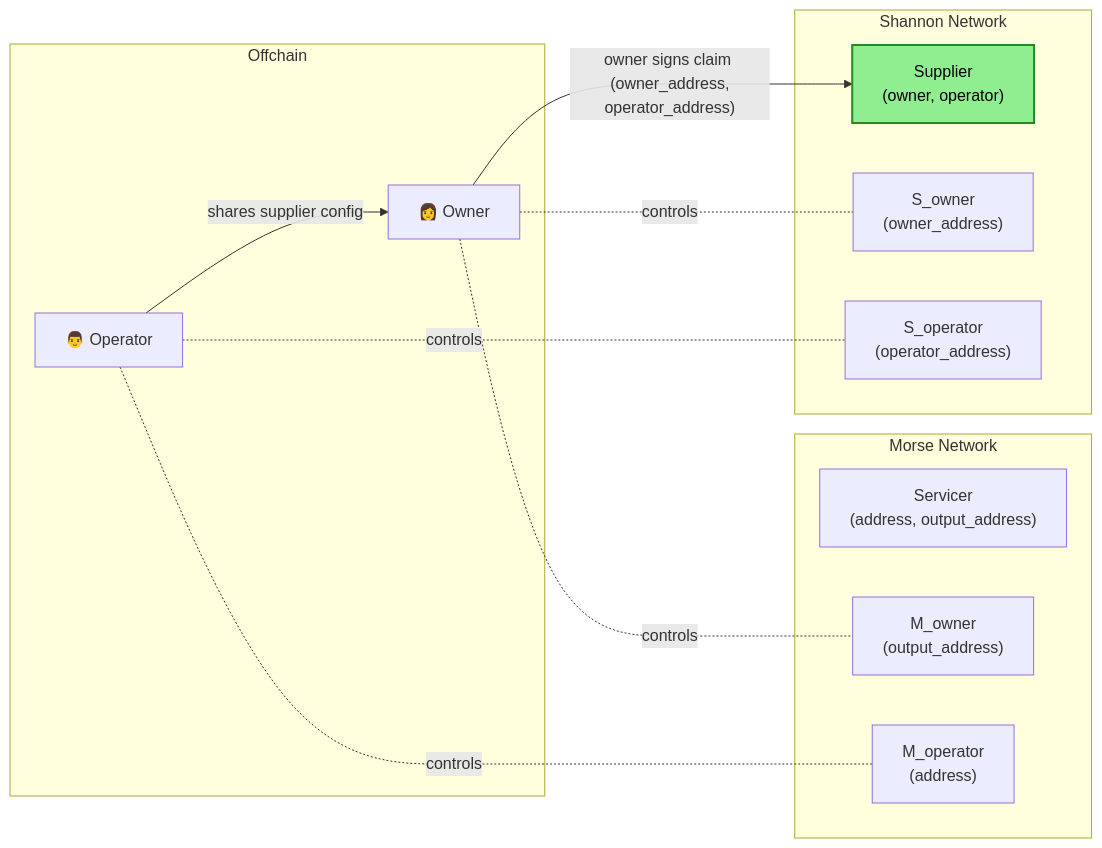
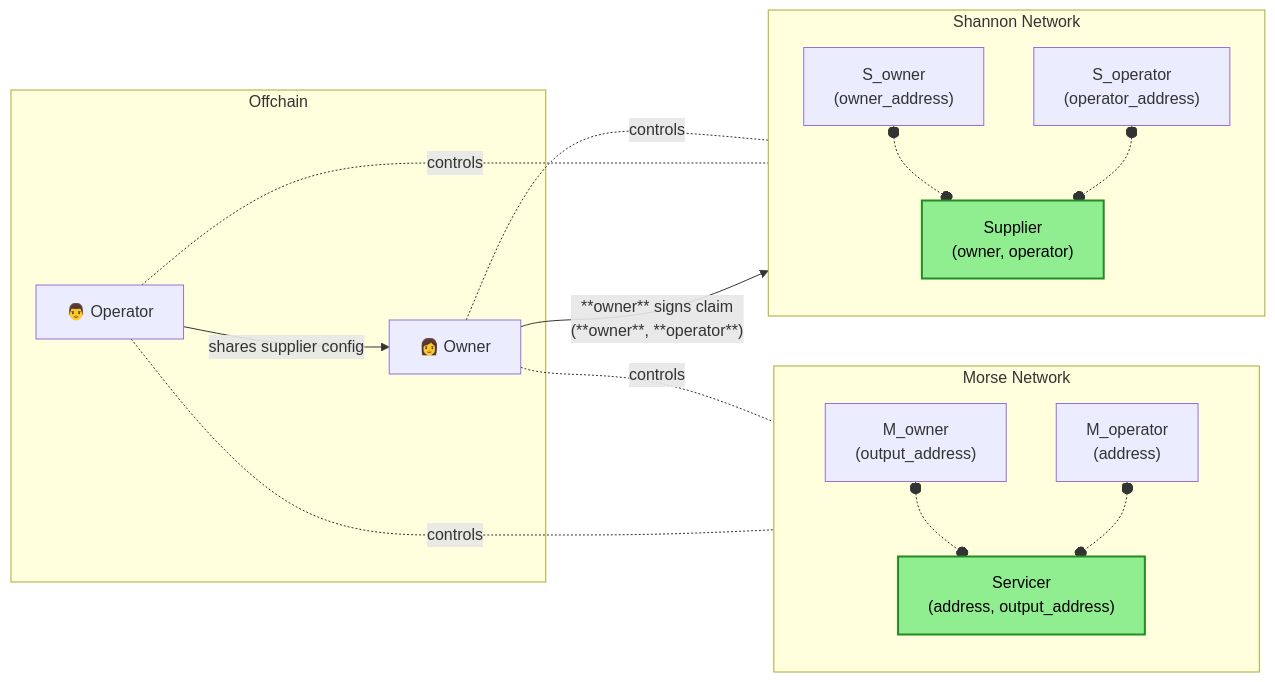
One commit to pokt-network/poktroll changed the second of 4 diagrams in docusaurus/docs/2_explore/4_morse_migration/10_non_custodial_intro.md. Above: the diagram before and after it, drawn with Mermaid. The commit also changed other lines of this file, not shown here.

Commit message:
[Docs]: Update non-custodial table & flowchart (#1358)

````diff
--- a/docusaurus/docs/2_explore/4_morse_migration/10_non_custodial_intro.md
+++ b/docusaurus/docs/2_explore/4_morse_migration/10_non_custodial_intro.md
@@ -148,30 +148,40 @@
 ```mermaid
 graph LR
     subgraph Offchain[Offchain]
         Owner["👩 Owner"]
         Operator["👨 Operator"]
     end
 
     subgraph Morse[Morse Network]
+        direction TB
+
+        M_owner["M_owner<br/>(output_address)"]
         Servicer["Servicer<br/>(address, output_address)"]
-        M_owner["M_owner<br/>(output_address)"]
         M_operator["M_operator<br/>(address)"]
+
+        M_owner o-.-o Servicer
+        M_operator o-.-o Servicer
     end
 
     subgraph Shannon[Shannon Network]
+        direction TB
+
         Supplier["Supplier<br/>(owner, operator)"]
         S_owner["S_owner<br/>(owner_address)"]
         S_operator["S_operator<br/>(operator_address)"]
+
+        S_owner o-.-o Supplier
+        S_operator o-.-o Supplier
     end
 
     Owner -.-|"controls"| M_owner
     Owner -.-|"controls"| S_owner
     Operator -.-|"controls"| M_operator
     Operator -.-|"controls"| S_operator
 
     Operator -->|shares supplier config<br/> | Owner
-    Owner -->|"owner signs claim <br/> (owner_address, operator_address)"| Supplier
+    Owner -->|"**owner** signs claim <br/> (**owner**, **operator**)"| Supplier
 
     classDef green fill:#90EE90,stroke:#228B22,stroke-width:2px,color:#000000
-    class Supplier green
+    class Supplier,Servicer green
 ```
````
